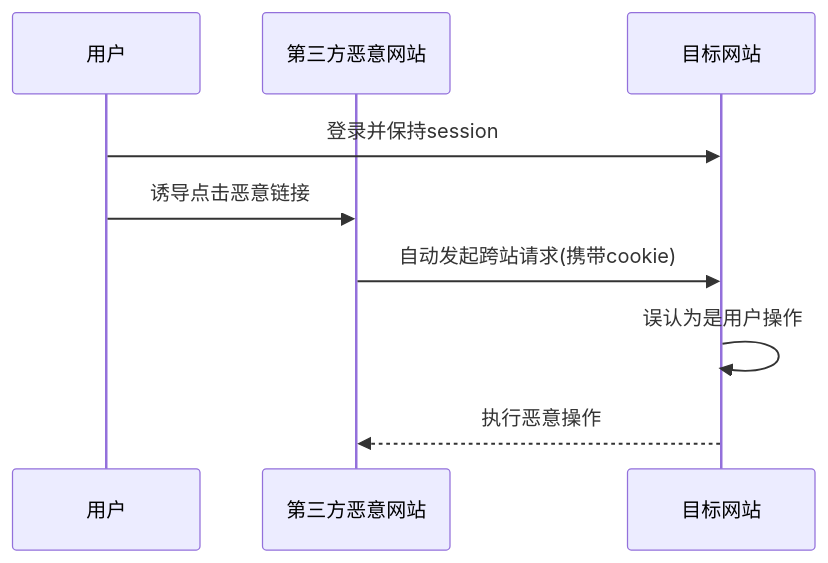
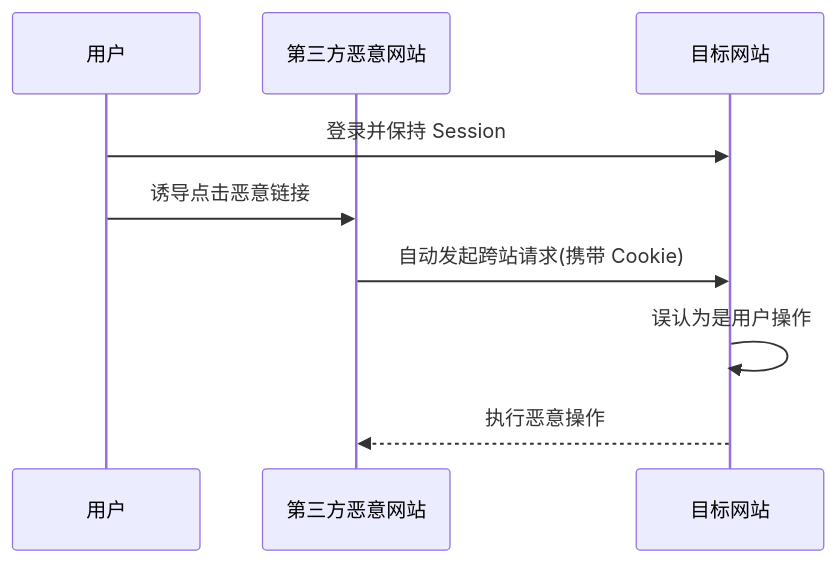
One commit to KMaybe01/common changed the third of 39 diagrams in S3-进阶提升/01-浏览器原理.md. Above: the diagram before and after it, drawn with Mermaid. The commit also changed other lines of this file and 18 other files, not shown here.

````diff
--- a/S3-进阶提升/01-浏览器原理.md
+++ b/S3-进阶提升/01-浏览器原理.md
@@ -117,12 +117,12 @@
 ```mermaid
 sequenceDiagram
     participant User as 用户
     participant Attack as 第三方恶意网站
     participant Target as 目标网站
 
-    User->>Target: 登录并保持session
+    User->>Target: 登录并保持 Session
     User->>Attack: 诱导点击恶意链接
-    Attack->>Target: 自动发起跨站请求(携带cookie)
+    Attack->>Target: 自动发起跨站请求(携带 Cookie)
     Target->>Target: 误认为是用户操作
     Target-->>Attack: 执行恶意操作
 ```
````
